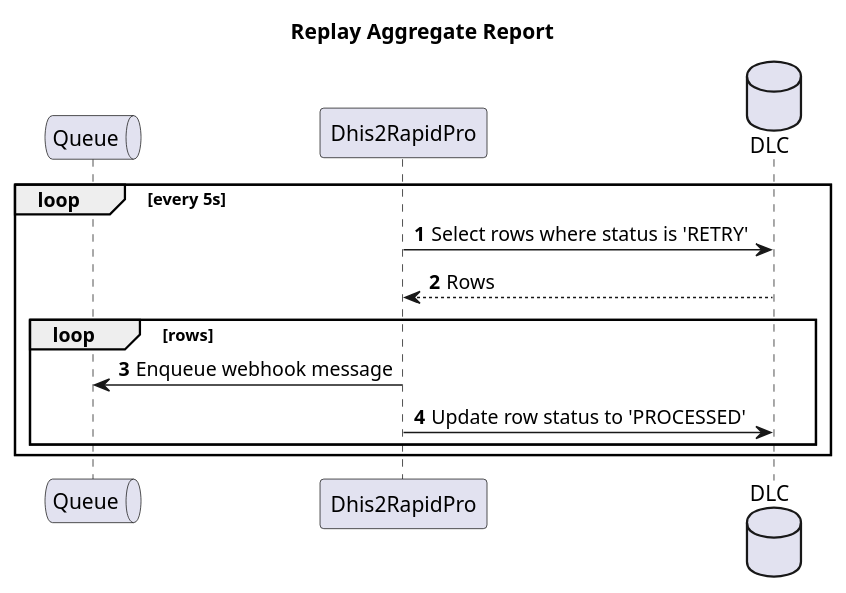
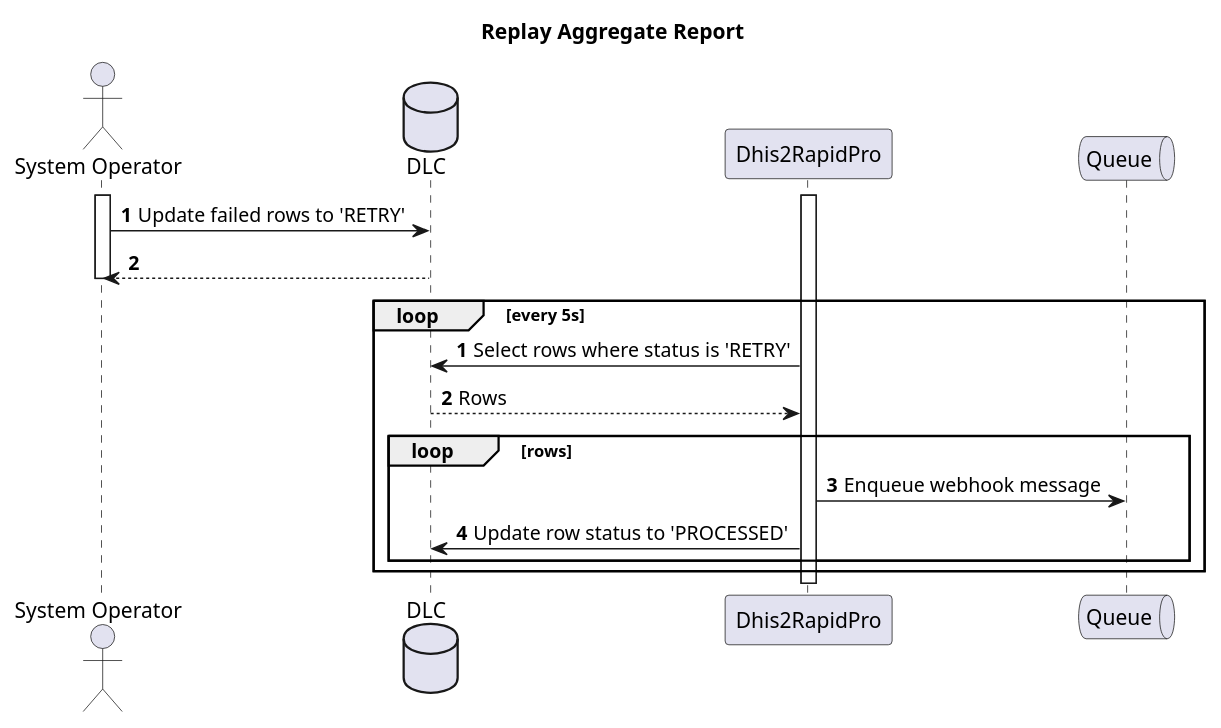
One commit to dhis2/integration-dhis-rapidpro changed the diagram in design/plantuml/replay-aggr-report.puml. Above: the diagram before and after it, drawn with PlantUML. The commit also changed 5 other files, not shown here.

First line of the commit message:
docs: UML refinement (#63)

```diff
--- a/design/plantuml/replay-aggr-report.puml
+++ b/design/plantuml/replay-aggr-report.puml
@@ -1,16 +1,23 @@
 @startuml
 title Replay Aggregate Report
+actor "System Operator" as Operator
+database DLC as DLC
+participant Dhis2RapidPro as Dhis2RapidPro
 queue Queue as Queue
-participant Dhis2RapidPro as Dhis2RapidPro
-database DLC as DLC
 autonumber
 skinparam responseMessageBelowArrow true
+activate Dhis2RapidPro
+activate Operator
+Operator -> DLC: Update failed rows to 'RETRY'
+return
+deactivate Operator
 loop every 5s
+    autonumber
     Dhis2RapidPro -> DLC: Select rows where status is 'RETRY'
     DLC --> Dhis2RapidPro: Rows
     loop rows
         Dhis2RapidPro -> Queue: Enqueue webhook message
         Dhis2RapidPro -> DLC: Update row status to 'PROCESSED'
     end
 end
 @enduml
```
